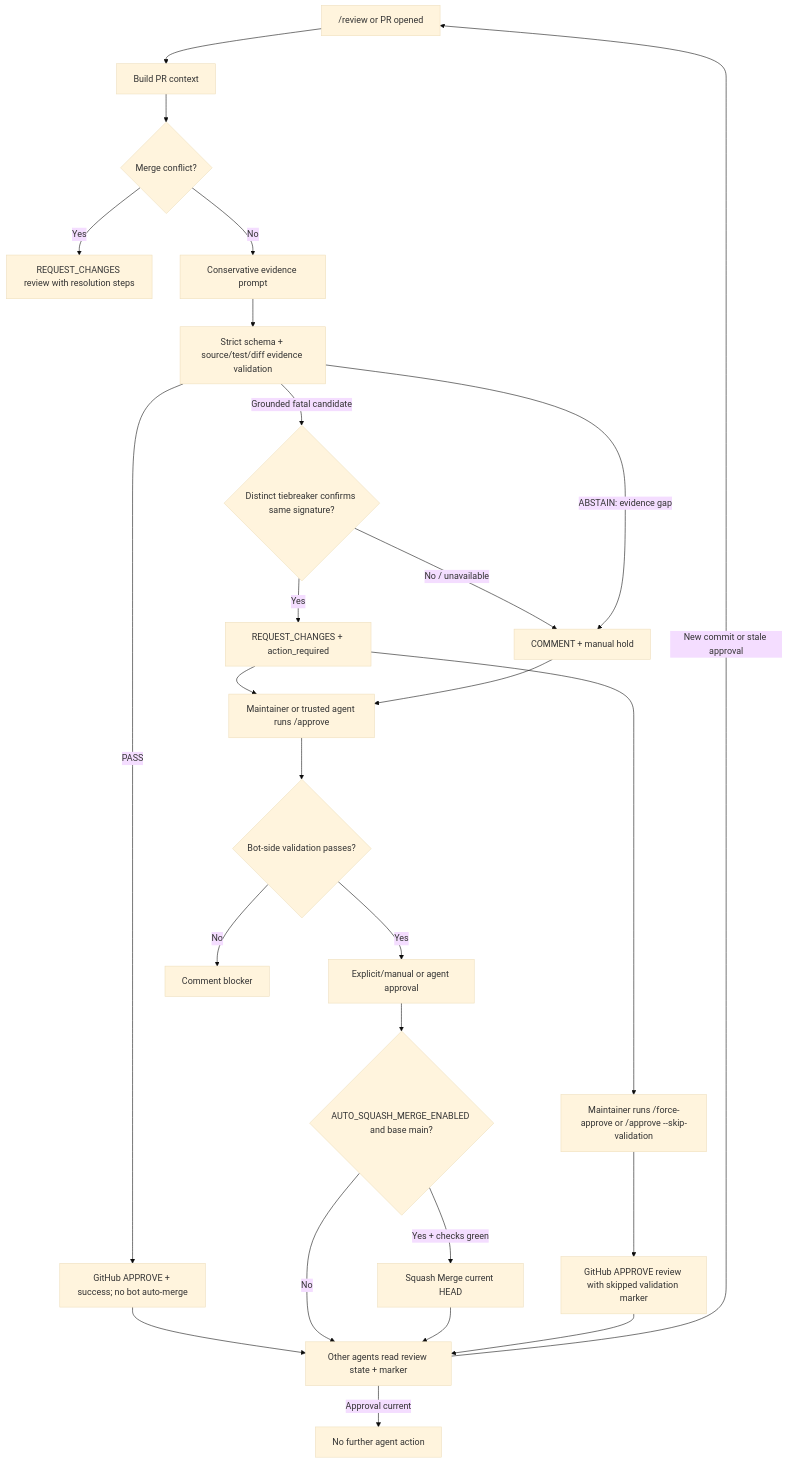
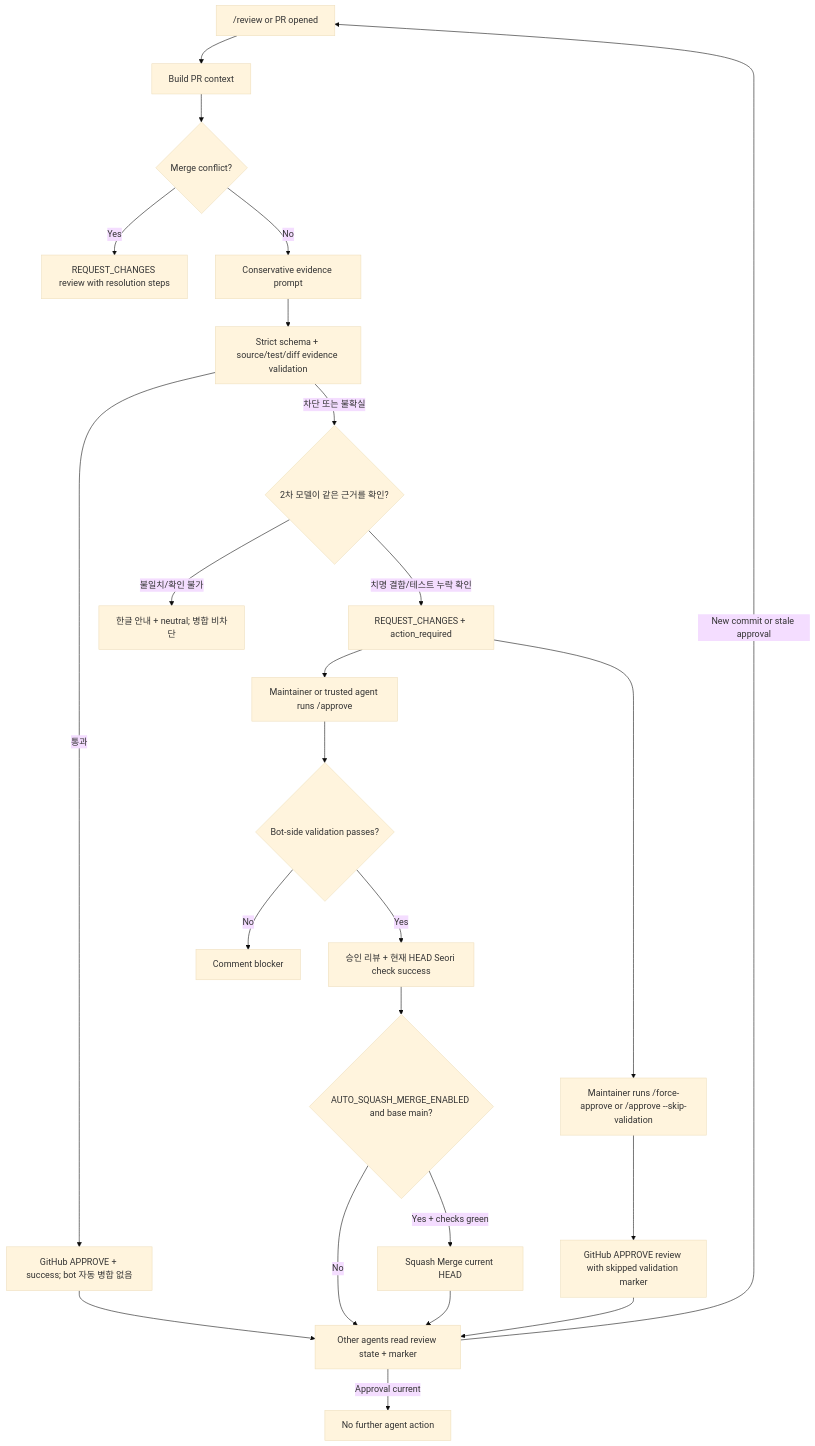
Before and after one commit to seorilabs/gemini-pr-bot: the second of 4 diagrams in README.md, drawn with Mermaid (base theme). The commit also changed other lines of this file and 19 other files, not shown here.

````diff
--- a/README.md
+++ b/README.md
@@ -84,28 +84,26 @@
 ```mermaid
 flowchart TD
   Review["/review or PR opened"] --> Context["Build PR context"]
   Context --> Conflict{"Merge conflict?"}
   Conflict -->|Yes| RequestChanges["REQUEST_CHANGES review with resolution steps"]
   Conflict -->|No| AI["Conservative evidence prompt"]
   AI --> Validate["Strict schema + source/test/diff evidence validation"]
-  Validate -->|"Grounded fatal candidate"| Confirm{"Distinct tiebreaker confirms same signature?"}
-  Confirm -->|Yes| Output["REQUEST_CHANGES + action_required"]
-  Confirm -->|No / unavailable| Hold
-  Validate -->|"ABSTAIN: evidence gap"| Hold["COMMENT + manual hold"]
-  Validate -->|PASS| GateApproval["GitHub APPROVE + success; no bot auto-merge"]
+  Validate -->|"차단 또는 불확실"| Confirm{"2차 모델이 같은 근거를 확인?"}
+  Confirm -->|"치명 결함/테스트 누락 확인"| Output["REQUEST_CHANGES + action_required"]
+  Confirm -->|"불일치/확인 불가"| Neutral["한글 안내 + neutral; 병합 비차단"]
+  Validate -->|통과| GateApproval["GitHub APPROVE + success; bot 자동 병합 없음"]
   Output --> Approve["Maintainer or trusted agent runs /approve"]
-  Hold --> Approve
   Approve --> Validation{"Bot-side validation passes?"}
-  Validation -->|Yes| Approval["Explicit/manual or agent approval"]
+  Validation -->|Yes| Approval["승인 리뷰 + 현재 HEAD Seori check success"]
   Validation -->|No| Block["Comment blocker"]
   Output --> ForceApprove["Maintainer runs /force-approve or /approve --skip-validation"]
   ForceApprove --> ForceApproval["GitHub APPROVE review with skipped validation marker"]
   GateApproval --> Agent
   Approval --> AutoMerge{"AUTO_SQUASH_MERGE_ENABLED and base main?"}
   AutoMerge -->|Yes + checks green| Squash["Squash Merge current HEAD"]
   AutoMerge -->|No| Agent
   Squash --> Agent
   ForceApproval --> Agent["Other agents read review state + marker"]
   Agent -->|Approval current| Stop["No further agent action"]
   Agent -->|New commit or stale approval| Review
 ```
````
